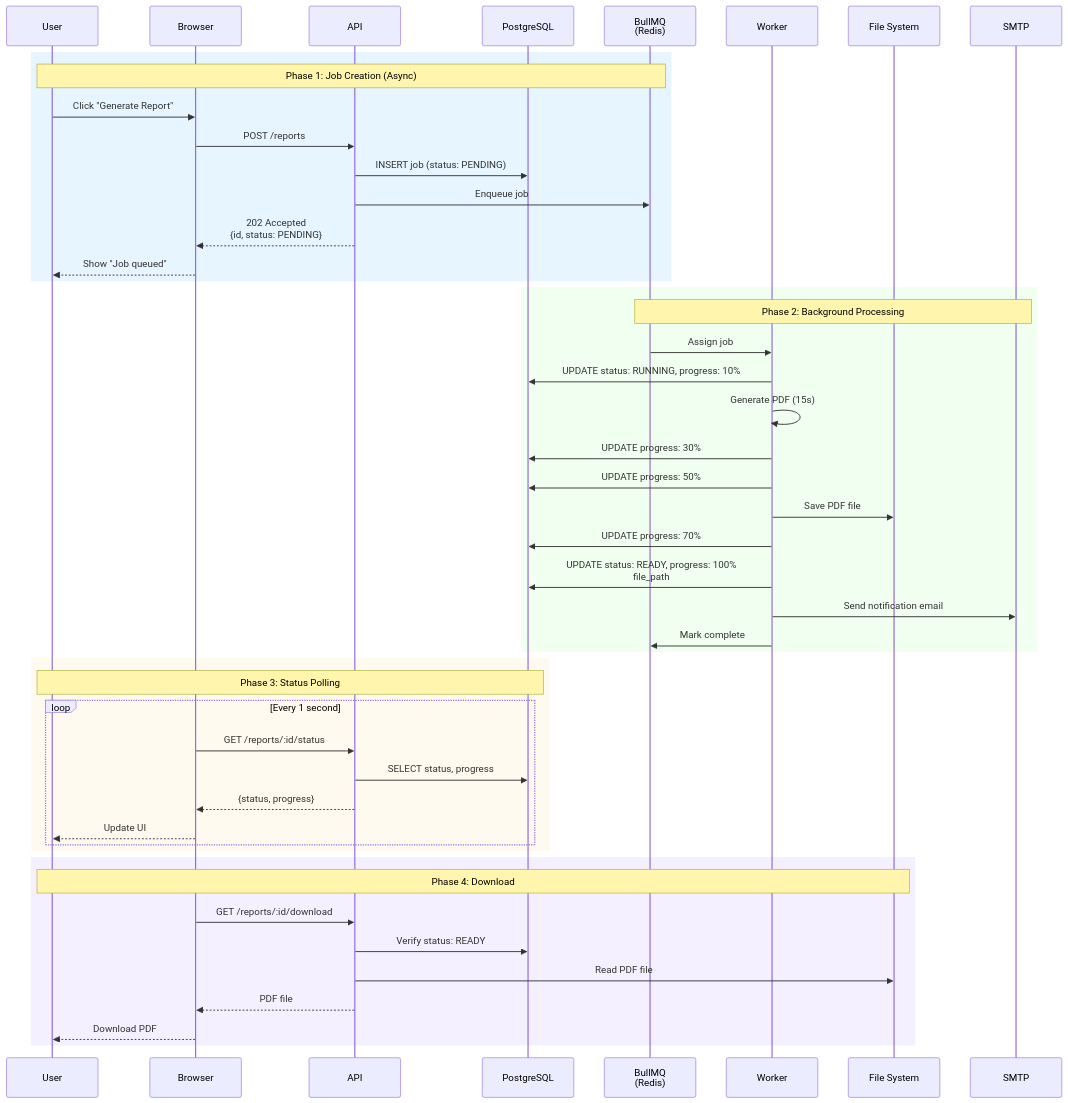
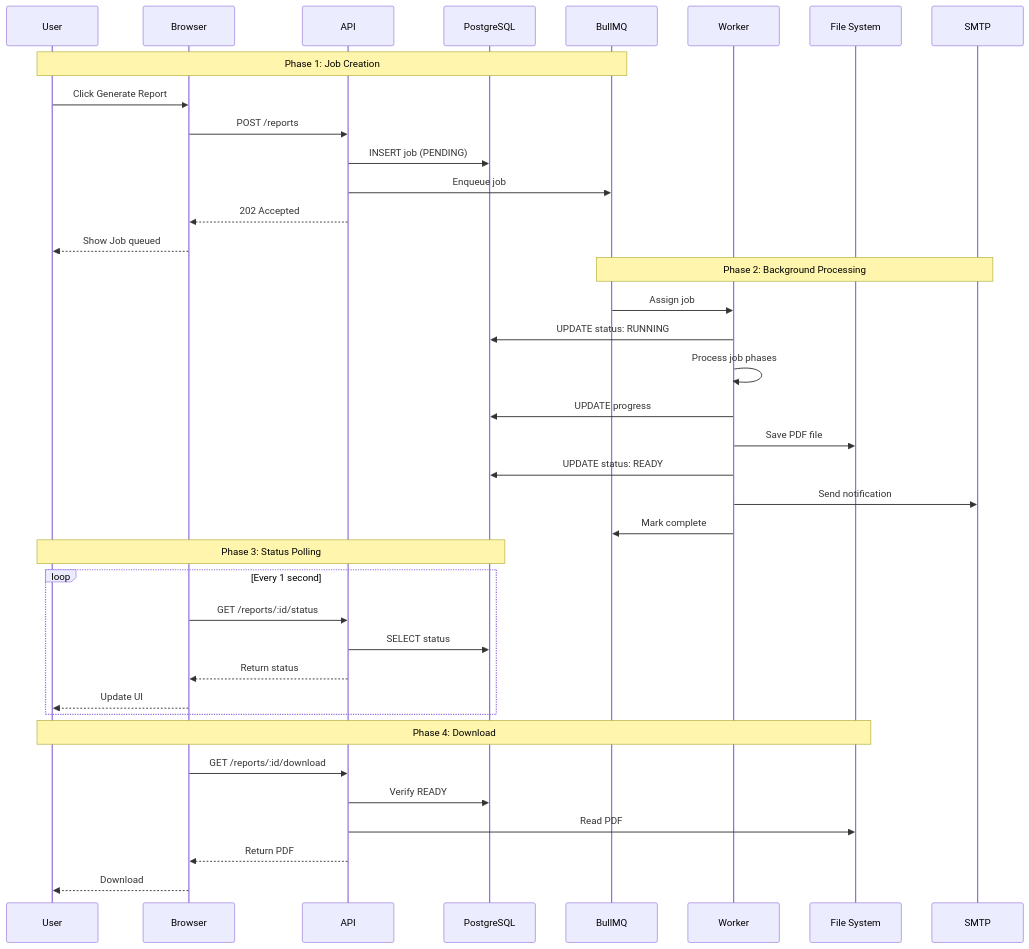
The first of 4 diagrams in README.md (berTrindade/bullmq-report-generator), drawn with Mermaid before and after one commit. The commit also changed other lines of this file, not shown here.

First line of the commit message:
fix: improve Mermaid diagram rendering on GitHub

````diff
--- a/README.md
+++ b/README.md
@@ -61,54 +61,44 @@
 ```mermaid
 sequenceDiagram
     participant User
     participant Browser
     participant API
     participant DB as PostgreSQL
-    participant Queue as BullMQ<br/>(Redis)
+    participant Queue as BullMQ
     participant Worker
     participant FS as File System
     participant SMTP
     
-    rect rgb(230, 245, 255)
-        Note over User,Queue: Phase 1: Job Creation (Async)
-        User->>Browser: Click "Generate Report"
-        Browser->>API: POST /reports
-        API->>DB: INSERT job (status: PENDING)
-        API->>Queue: Enqueue job
-        API-->>Browser: 202 Accepted<br/>{id, status: PENDING}
-        Browser-->>User: Show "Job queued"
+    Note over User,Queue: Phase 1: Job Creation
+    User->>Browser: Click Generate Report
+    Browser->>API: POST /reports
+    API->>DB: INSERT job (PENDING)
+    API->>Queue: Enqueue job
+    API-->>Browser: 202 Accepted
+    Browser-->>User: Show Job queued
+    
+    Note over Queue,SMTP: Phase 2: Background Processing
+    Queue->>Worker: Assign job
+    Worker->>DB: UPDATE status: RUNNING
+    Worker->>Worker: Process job phases
+    Worker->>DB: UPDATE progress
+    Worker->>FS: Save PDF file
+    Worker->>DB: UPDATE status: READY
+    Worker->>SMTP: Send notification
+    Worker->>Queue: Mark complete
+    
+    Note over User,DB: Phase 3: Status Polling
+    loop Every 1 second
+        Browser->>API: GET /reports/:id/status
+        API->>DB: SELECT status
+        API-->>Browser: Return status
+        Browser-->>User: Update UI
     end
     
-    rect rgb(240, 255, 240)
-        Note over Queue,SMTP: Phase 2: Background Processing
-        Queue->>Worker: Assign job
-        Worker->>DB: UPDATE status: RUNNING, progress: 10%
-        Worker->>Worker: Generate PDF (15s)
-        Worker->>DB: UPDATE progress: 30%
-        Worker->>DB: UPDATE progress: 50%
-        Worker->>FS: Save PDF file
-        Worker->>DB: UPDATE progress: 70%
-        Worker->>DB: UPDATE status: READY, progress: 100%<br/>file_path
-        Worker->>SMTP: Send notification email
-        Worker->>Queue: Mark complete
-    end
-    
-    rect rgb(255, 250, 240)
-        Note over User,DB: Phase 3: Status Polling
-        loop Every 1 second
-            Browser->>API: GET /reports/:id/status
-            API->>DB: SELECT status, progress
-            API-->>Browser: {status, progress}
-            Browser-->>User: Update UI
-        end
-    end
-    
-    rect rgb(245, 240, 255)
-        Note over User,FS: Phase 4: Download
-        Browser->>API: GET /reports/:id/download
-        API->>DB: Verify status: READY
-        API->>FS: Read PDF file
-        API-->>Browser: PDF file
-        Browser-->>User: Download PDF
-    end
+    Note over User,FS: Phase 4: Download
+    Browser->>API: GET /reports/:id/download
+    API->>DB: Verify READY
+    API->>FS: Read PDF
+    API-->>Browser: Return PDF
+    Browser-->>User: Download
 ```
````
